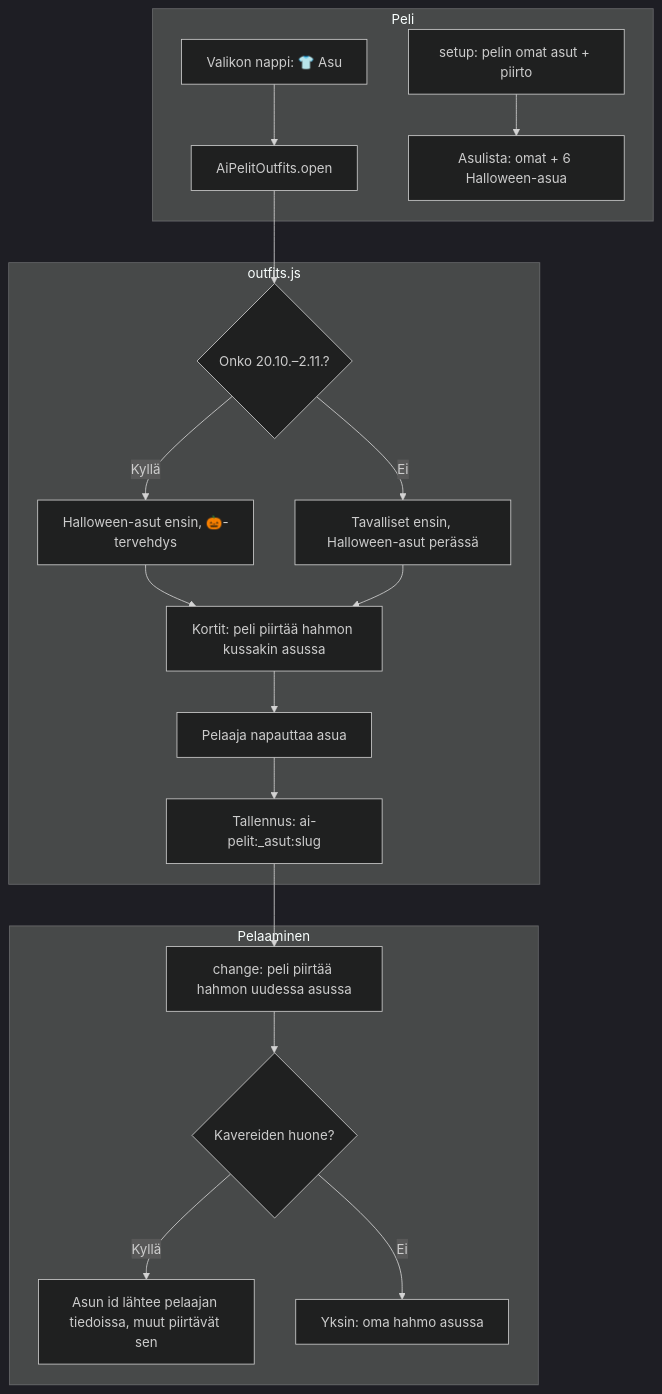
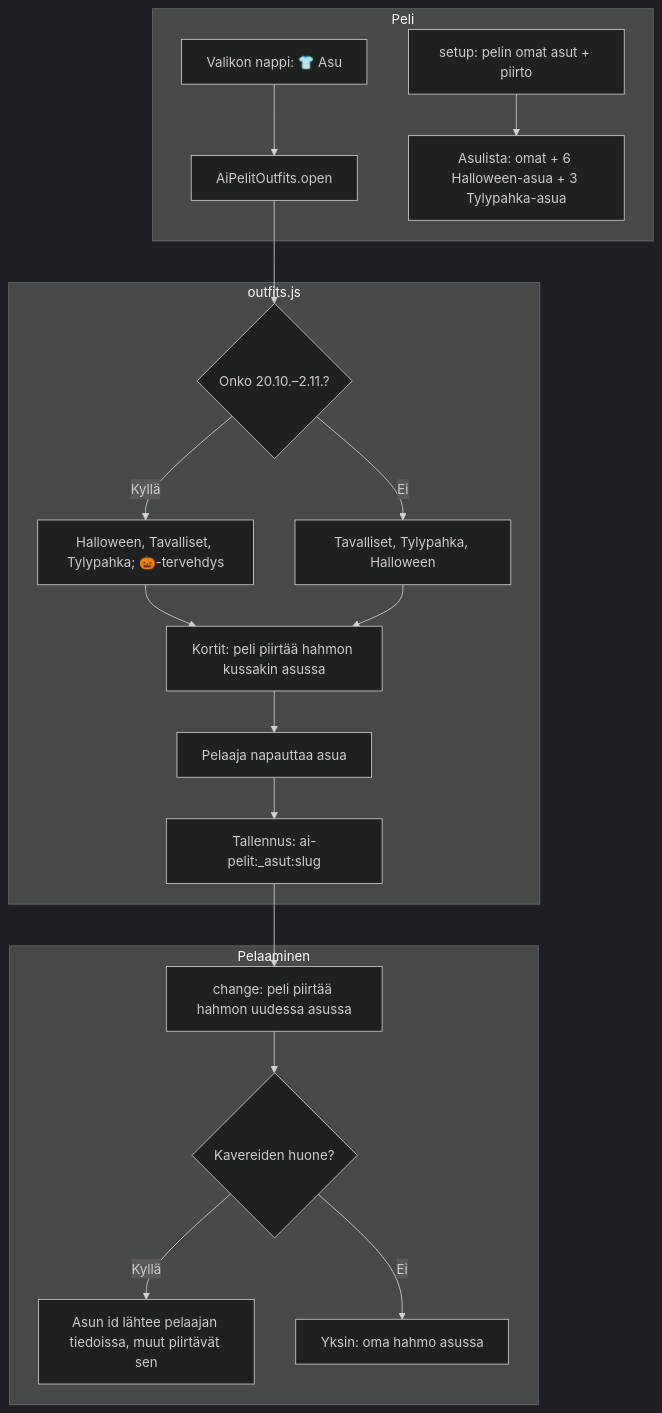
Before and after one commit to eerovil/ai-pelit: the diagram in docs/diagrams/asut.md, drawn with Mermaid (dark theme). The commit also changed other lines of this file and 4 other files, not shown here.

````diff
--- a/docs/diagrams/asut.md
+++ b/docs/diagrams/asut.md
@@ -8,28 +9,28 @@
 ```mermaid
 flowchart TD
   subgraph Peli
     A[Valikon nappi: 👕 Asu] --> B[AiPelitOutfits.open]
-    S[setup: pelin omat asut + piirto] --> L[Asulista: omat + 6 Halloween-asua]
+    S[setup: pelin omat asut + piirto] --> L[Asulista: omat + 6 Halloween-asua + 3 Tylypahka-asua]
   end
   subgraph outfits.js
     B --> Q{Onko 20.10.–2.11.?}
-    Q -- Kyllä --> H[Halloween-asut ensin, 🎃-tervehdys]
-    Q -- Ei --> T[Tavalliset ensin, Halloween-asut perässä]
+    Q -- Kyllä --> H[Halloween, Tavalliset, Tylypahka; 🎃-tervehdys]
+    Q -- Ei --> T[Tavalliset, Tylypahka, Halloween]
     H --> K[Kortit: peli piirtää hahmon kussakin asussa]
     T --> K
     K --> P[Pelaaja napauttaa asua]
     P --> V[Tallennus: ai-pelit:_asut:slug]
   end
   subgraph Pelaaminen
     V --> C[change: peli piirtää hahmon uudessa asussa]
     C --> R{Kavereiden huone?}
     R -- Kyllä --> M[Asun id lähtee pelaajan tiedoissa, muut piirtävät sen]
     R -- Ei --> D[Yksin: oma hahmo asussa]
   end
   class A,P blue
   class S,L,K violet
   class Q,R amber
   class H,T teal
   class V green
   class C,M,D rose
 ```
````
